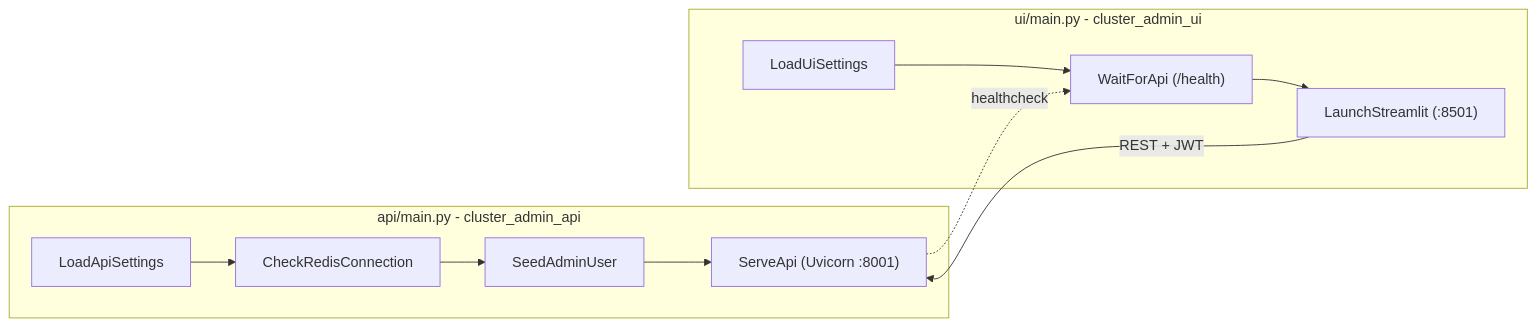
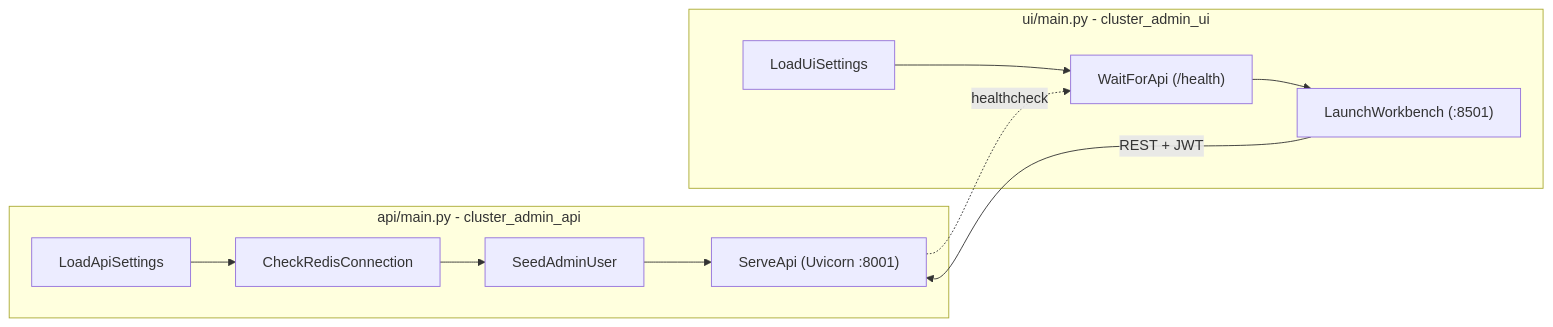
The second of 2 diagrams in README.md (wisrovi/wyoloservice2_cluster_control), drawn with Mermaid before and after one commit. The commit also changed other lines of this file, not shown here.

````diff
--- a/README.md
+++ b/README.md
@@ -130,11 +122,11 @@
 ```mermaid
 flowchart LR
     subgraph API ["api/main.py - cluster_admin_api"]
         A1[LoadApiSettings] --> A2[CheckRedisConnection] --> A3[SeedAdminUser] --> A4["ServeApi (Uvicorn :8001)"]
     end
     subgraph UI ["ui/main.py - cluster_admin_ui"]
-        U1[LoadUiSettings] --> U2["WaitForApi (/health)"] --> U3["LaunchStreamlit (:8501)"]
+        U1[LoadUiSettings] --> U2["WaitForApi (/health)"] --> U3["LaunchWorkbench (:8501)"]
     end
     A4 -. healthcheck .-> U2
     U3 -->|REST + JWT| A4
 ```
````
